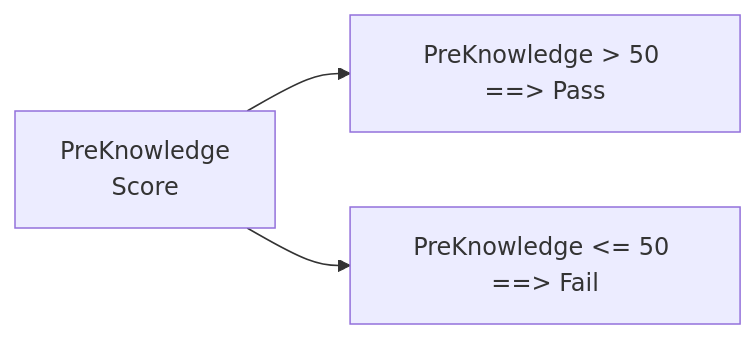
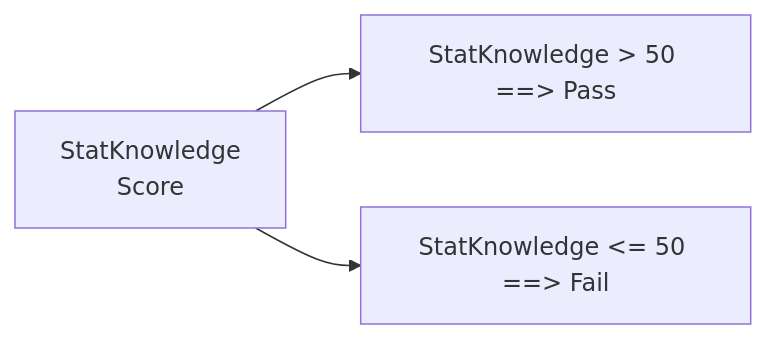
The second of 6 diagrams in exploratoty_data_viz/exploratoty_data_vizqmd.qmd (datakruroo/datakruroo.github.io), drawn with Mermaid before and after one commit. The commit also changed other lines of this file and 190 other files, not shown here.

````diff
--- a/exploratoty_data_viz/exploratoty_data_vizqmd.qmd
+++ b/exploratoty_data_viz/exploratoty_data_vizqmd.qmd
@@ -448,8 +453,8 @@
 ```{mermaid}
 %%| echo: false
 
 flowchart LR
 
-A["PreKnowledge \n Score"] --> B["PreKnowledge > 50 ==> Pass"]
-A --> C["PreKnowledge <= 50 ==> Fail"]
+A["StatKnowledge \n Score"] --> B["StatKnowledge > 50 ==> Pass"]
+A --> C["StatKnowledge <= 50 ==> Fail"]
 ```
````
